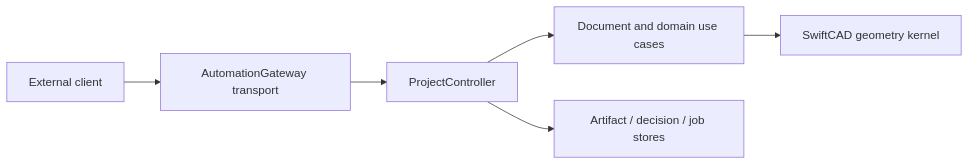
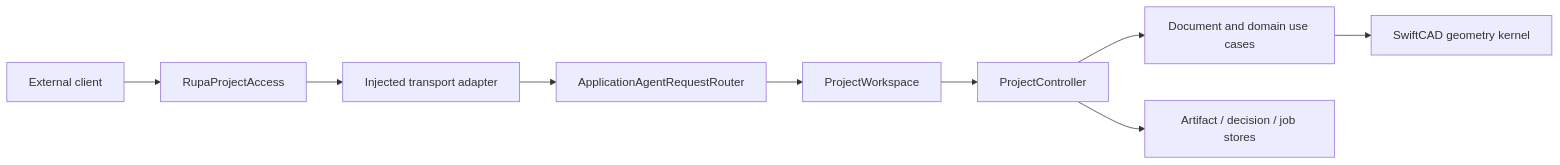
Before and after one commit to 1amageek/Rupa: the first of 2 diagrams in Rupa/AUTOMATION_PROTOCOL.md, drawn with Mermaid. The commit also changed other lines of this file and 17 other files, not shown here.

````diff
--- a/Rupa/AUTOMATION_PROTOCOL.md
+++ b/Rupa/AUTOMATION_PROTOCOL.md
@@ -9,8 +11,11 @@
 ```mermaid
 flowchart LR
-    Client["External client"] --> Transport["AutomationGateway transport"]
-    Transport --> Controller["ProjectController"]
+    Client["External client"] --> Access["RupaProjectAccess"]
+    Access --> Transport["Injected transport adapter"]
+    Transport --> Router["ApplicationAgentRequestRouter"]
+    Router --> Workspace["ProjectWorkspace"]
+    Workspace --> Controller["ProjectController"]
     Controller --> Domain["Document and domain use cases"]
     Controller --> Artifacts["Artifact / decision / job stores"]
     Domain --> Kernel["SwiftCAD geometry kernel"]
 ```
````
